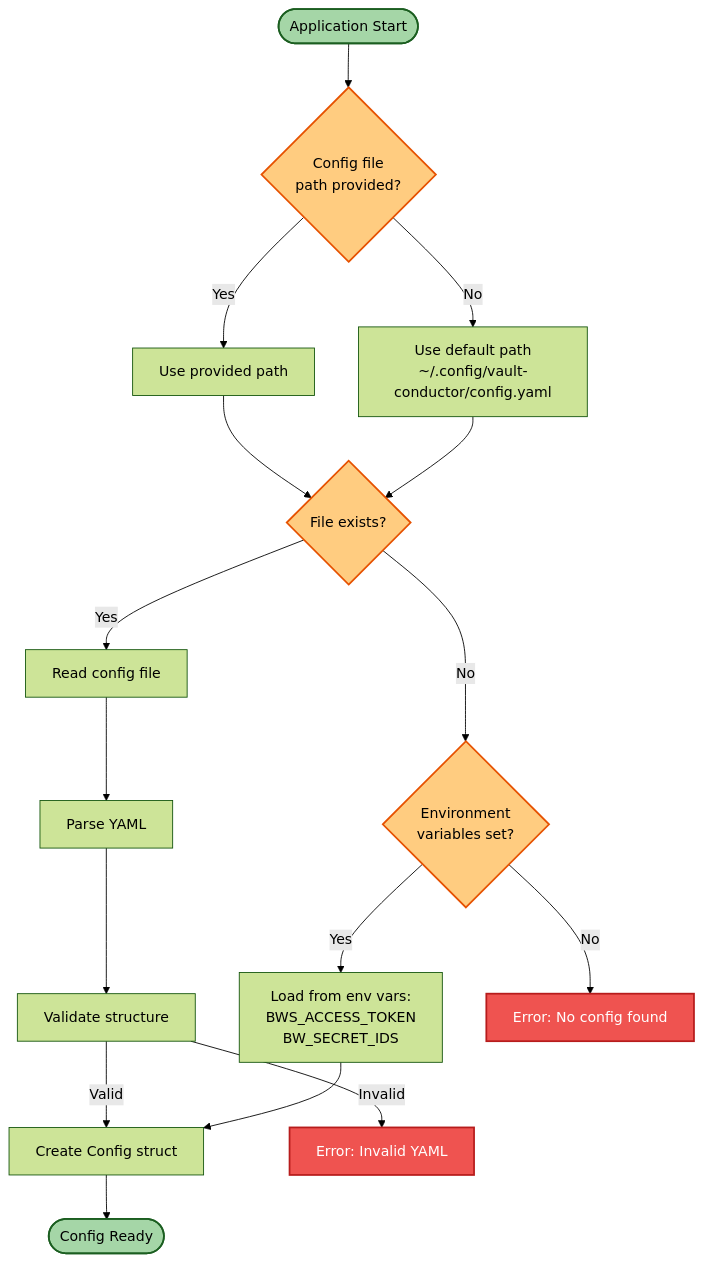
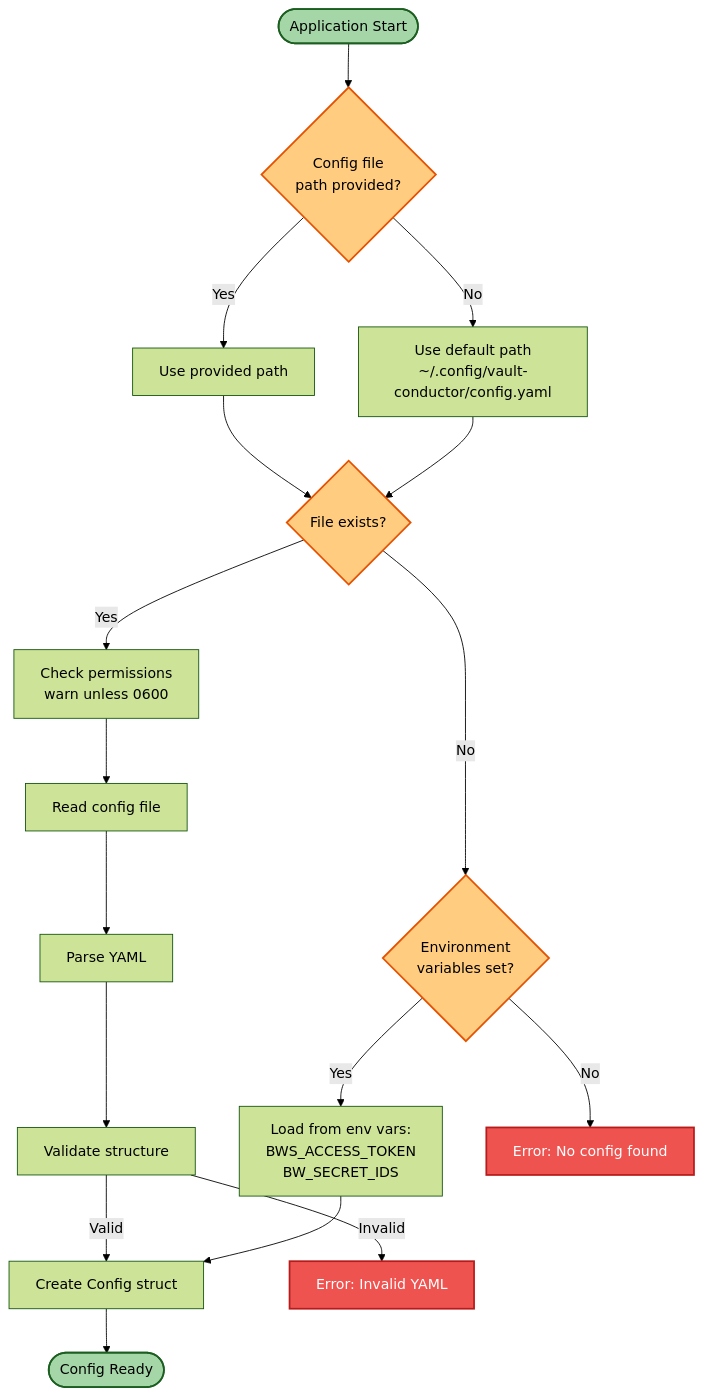
One commit to pirafrank/vault-conductor changed the diagram in docs/CONFIG_LOAD.md. Above: the diagram before and after it, drawn with Mermaid (forest theme). The commit also changed 6 other files, not shown here.

````diff
--- a/docs/CONFIG_LOAD.md
+++ b/docs/CONFIG_LOAD.md
@@ -5,36 +5,37 @@
 ```mermaid
 flowchart TD
     Start([Application Start])
 
     Start --> CheckConfigPath{Config file<br/>path provided?}
 
     CheckConfigPath -->|Yes| UseProvided[Use provided path]
     CheckConfigPath -->|No| UseDefault[Use default path<br/>~/.config/vault-conductor/config.yaml]
 
     UseProvided --> FileExists{File exists?}
     UseDefault --> FileExists
 
-    FileExists -->|Yes| ReadFile[Read config file]
+    FileExists -->|Yes| CheckPermissions[Check permissions<br/>warn unless 0600]
+    CheckPermissions --> ReadFile[Read config file]
     FileExists -->|No| CheckEnv{Environment<br/>variables set?}
 
     ReadFile --> ParseYAML[Parse YAML]
     ParseYAML --> Validate[Validate structure]
 
     CheckEnv -->|Yes| LoadEnv[Load from env vars:<br/>BWS_ACCESS_TOKEN<br/>BW_SECRET_IDS]
     CheckEnv -->|No| Error1[Error: No config found]
 
     Validate -->|Valid| CreateConfig[Create Config struct]
     Validate -->|Invalid| Error2[Error: Invalid YAML]
 
     LoadEnv --> CreateConfig
 
     CreateConfig --> ConfigReady([Config Ready])
 
     style Start fill:#a5d6a7,stroke:#1b5e20,stroke-width:2px,color:#000
     style ConfigReady fill:#a5d6a7,stroke:#1b5e20,stroke-width:2px,color:#000
     style Error1 fill:#ef5350,stroke:#b71c1c,stroke-width:2px,color:#fff
     style Error2 fill:#ef5350,stroke:#b71c1c,stroke-width:2px,color:#fff
     style CheckConfigPath fill:#ffcc80,stroke:#e65100,stroke-width:2px,color:#000
     style FileExists fill:#ffcc80,stroke:#e65100,stroke-width:2px,color:#000
     style CheckEnv fill:#ffcc80,stroke:#e65100,stroke-width:2px,color:#000
 ```
````
